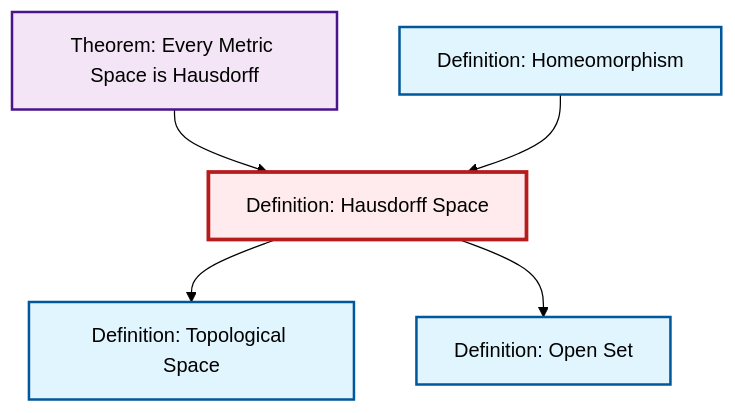
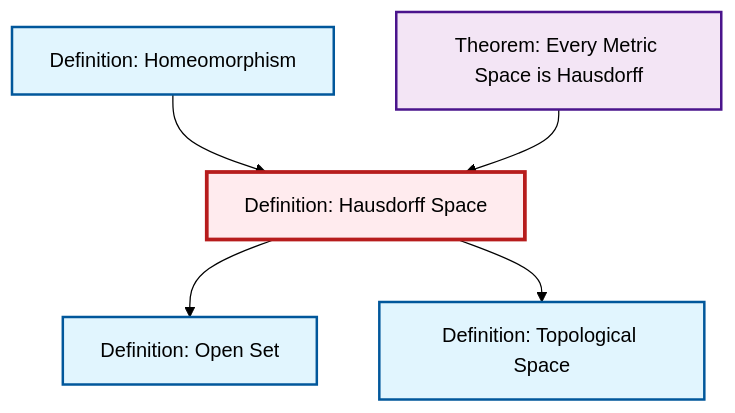
Before and after one commit to RK0429/ModernMath: the diagram in content/en/topology/def-hausdorff.qmd, drawn with Mermaid (forest theme). The commit also changed other lines of this file and 615 other files, not shown here.

````diff
--- a/content/en/topology/def-hausdorff.qmd
+++ b/content/en/topology/def-hausdorff.qmd
@@ -53,23 +53,23 @@
 ```{mermaid}
 %%| fig-cap: "Local dependency graph"
 graph TD
     classDef definition fill:#e1f5fe,stroke:#01579b,stroke-width:2px
     classDef theorem fill:#f3e5f5,stroke:#4a148c,stroke-width:2px
     classDef axiom fill:#fff3e0,stroke:#e65100,stroke-width:2px
     classDef example fill:#e8f5e9,stroke:#1b5e20,stroke-width:2px
     classDef current fill:#ffebee,stroke:#b71c1c,stroke-width:3px
+    def-hausdorff["Definition: Hausdorff Space"]:::definition
+    def-open-set["Definition: Open Set"]:::definition
     thm-metric-hausdorff["Theorem: Every Metric Space is Hausdorff"]:::theorem
-    def-open-set["Definition: Open Set"]:::definition
     def-homeomorphism["Definition: Homeomorphism"]:::definition
     def-topological-space["Definition: Topological Space"]:::definition
-    def-hausdorff["Definition: Hausdorff Space"]:::definition
+    def-hausdorff --> def-open-set
     def-hausdorff --> def-topological-space
-    def-hausdorff --> def-open-set
+    def-homeomorphism --> def-hausdorff
     thm-metric-hausdorff --> def-hausdorff
-    def-homeomorphism --> def-hausdorff
     class def-hausdorff current
+    click def-open-set "def-open-set.html" "Go to Open Set definition"
     click thm-metric-hausdorff "thm-metric-hausdorff.html" "Go to Every Metric Space is Hausdorff theorem"
-    click def-open-set "def-open-set.html" "Go to Open Set definition"
     click def-homeomorphism "def-homeomorphism.html" "Go to Homeomorphism definition"
     click def-topological-space "def-topological-space.html" "Go to Topological Space definition"
 ```
````
